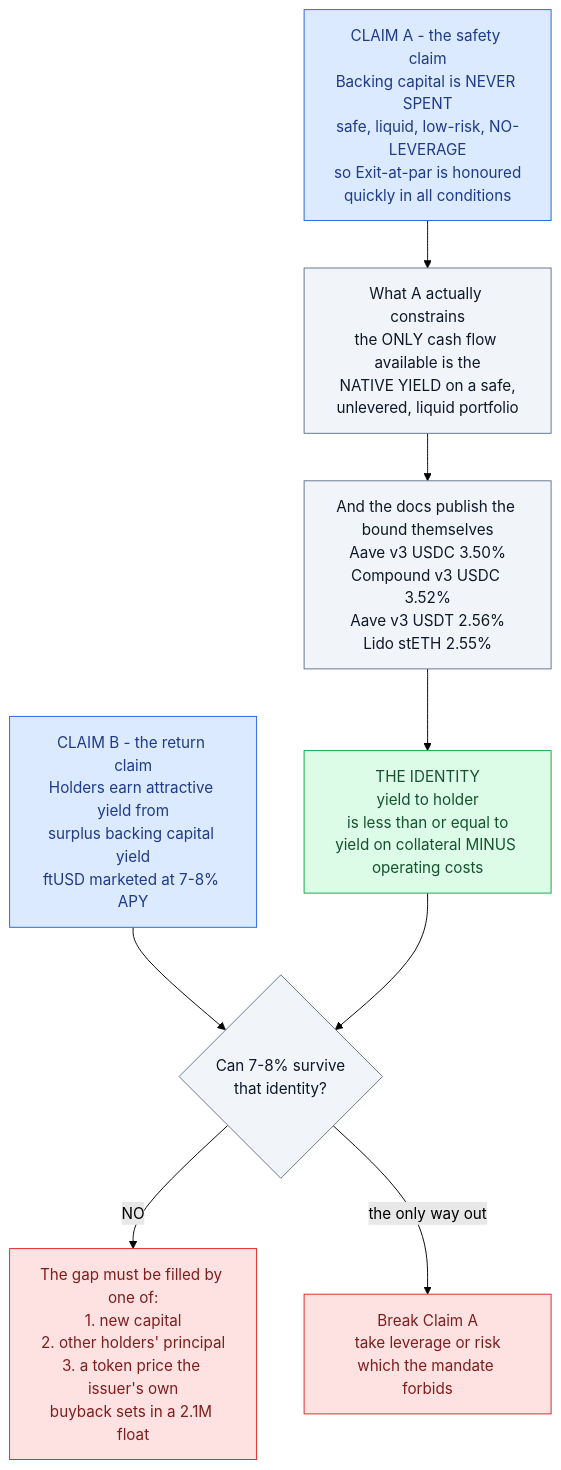
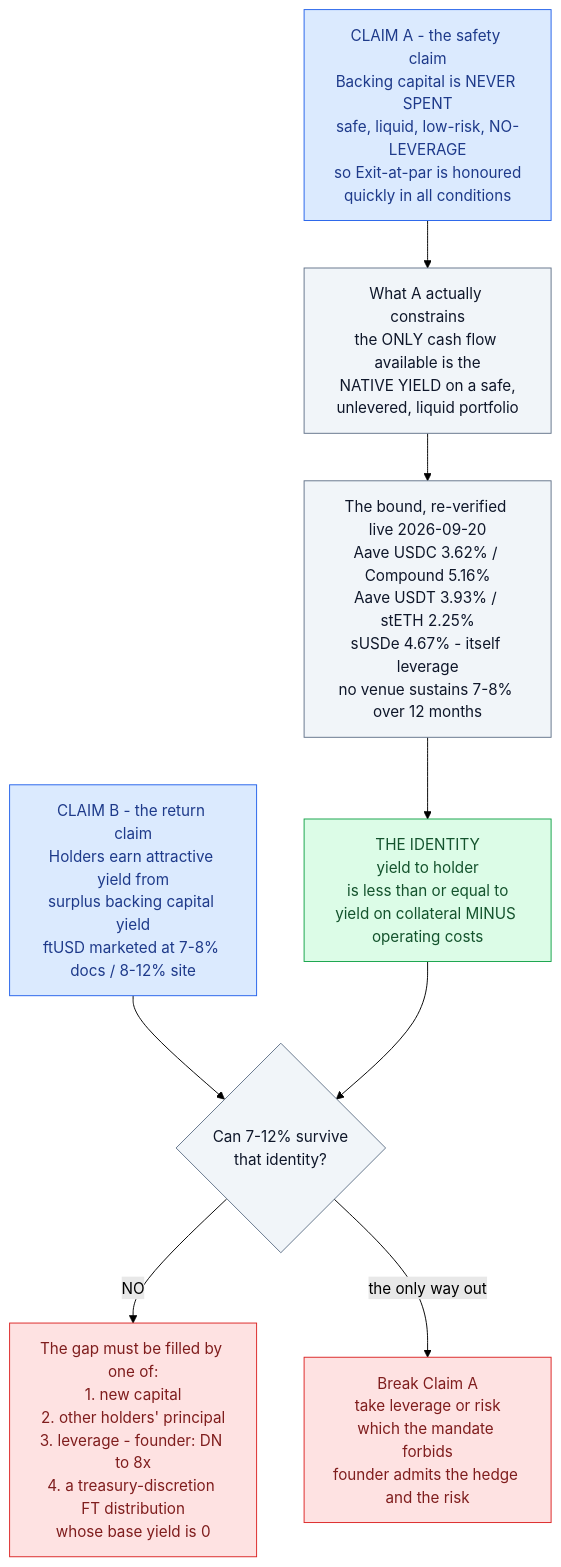
Before and after one commit to m0n3r0/flying-tulip-audit: the first of 10 diagrams in findings/03-economics-high-yield.md, drawn with Mermaid (forest theme). The commit also changed other lines of this file and 5 other files, not shown here.

````diff
--- a/findings/03-economics-high-yield.md
+++ b/findings/03-economics-high-yield.md
@@ -37,29 +48,29 @@
 ```mermaid
 flowchart TB
     A["CLAIM A - the safety claim<br/>Backing capital is NEVER SPENT<br/>safe, liquid, low-risk, NO-LEVERAGE<br/>so Exit-at-par is honoured<br/>quickly in all conditions"]
 
-    B["CLAIM B - the return claim<br/>Holders earn attractive yield from<br/>surplus backing capital yield<br/>ftUSD marketed at 7-8% APY"]
+    B["CLAIM B - the return claim<br/>Holders earn attractive yield from<br/>surplus backing capital yield<br/>ftUSD marketed at 7-8% docs / 8-12% site"]
 
     A --> CONS["What A actually constrains<br/>the ONLY cash flow available is the<br/>NATIVE YIELD on a safe,<br/>unlevered, liquid portfolio"]
 
-    CONS --> BOUND["And the docs publish the bound themselves<br/>Aave v3 USDC 3.50%<br/>Compound v3 USDC 3.52%<br/>Aave v3 USDT 2.56%<br/>Lido stETH 2.55%"]
+    CONS --> BOUND["The bound, re-verified live 2026-09-20<br/>Aave USDC 3.62% / Compound 5.16%<br/>Aave USDT 3.93% / stETH 2.25%<br/>sUSDe 4.67% - itself leverage<br/>no venue sustains 7-8% over 12 months"]
 
     BOUND --> IDENT["THE IDENTITY<br/>yield to holder<br/>is less than or equal to<br/>yield on collateral MINUS operating costs"]
 
-    B --> TEST{"Can 7-8% survive<br/>that identity?"}
+    B --> TEST{"Can 7-12% survive<br/>that identity?"}
     IDENT --> TEST
 
-    TEST -->|"NO"| GAP["The gap must be filled by one of:<br/>1. new capital<br/>2. other holders' principal<br/>3. a token price the issuer's own<br/>buyback sets in a 2.1M float"]
+    TEST -->|"NO"| GAP["The gap must be filled by one of:<br/>1. new capital<br/>2. other holders' principal<br/>3. leverage - founder: DN to 8x<br/>4. a treasury-discretion FT distribution<br/>whose base yield is 0"]
 
-    TEST -->|"the only way out"| ESCAPE["Break Claim A<br/>take leverage or risk<br/>which the mandate forbids"]
+    TEST -->|"the only way out"| ESCAPE["Break Claim A<br/>take leverage or risk<br/>which the mandate forbids<br/>founder admits the hedge and the risk"]
 
     classDef claim fill:#dbeafe,stroke:#2563eb,color:#1e3a8a
     classDef good fill:#dcfce7,stroke:#16a34a,color:#14532d
     classDef warn fill:#fef3c7,stroke:#d97706,color:#78350f
     classDef bad fill:#fee2e2,stroke:#dc2626,color:#7f1d1d
     classDef neutral fill:#f1f5f9,stroke:#64748b,color:#0f172a
     class A,B claim
     class CONS,BOUND,TEST neutral
     class IDENT good
     class GAP,ESCAPE bad
 ```
````
